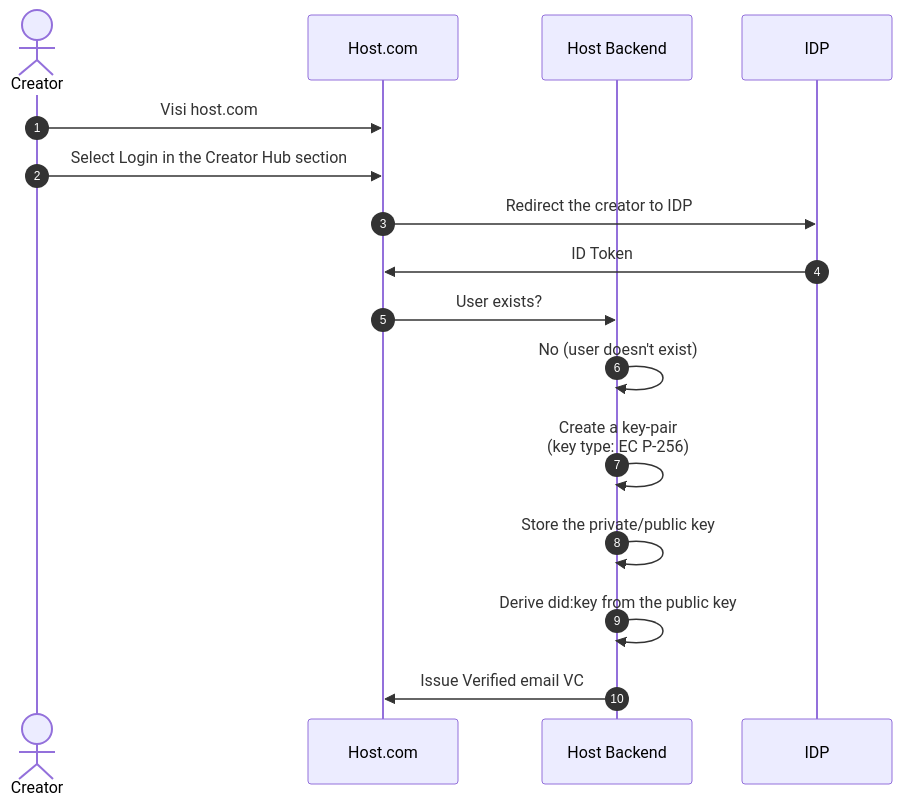
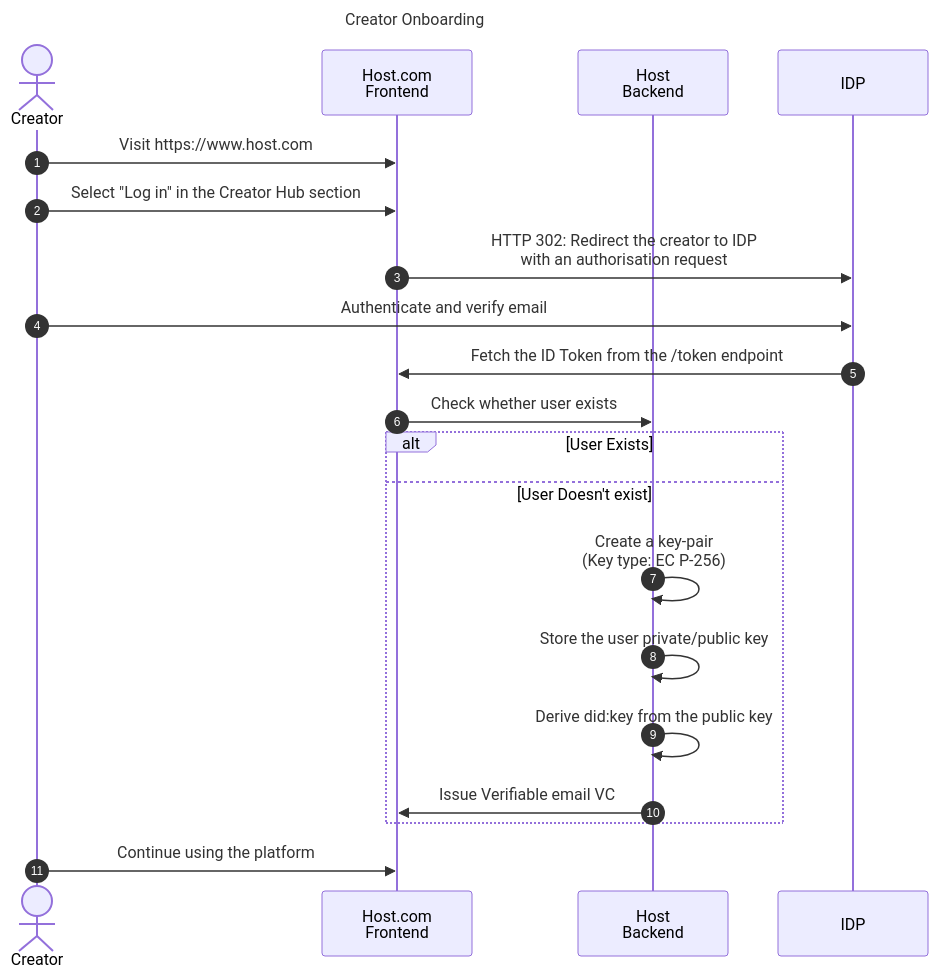
One commit to CreatorCredentials/specifications changed the diagram in specs/creator-email-verification.md. Above: the diagram before and after it, drawn with Mermaid. The commit also changed other lines of this file and 4 other files, not shown here.

Commit message:
verifiable email, signature, CC profile, log in with VCs

````diff
--- a/specs/creator-email-verification.md
+++ b/specs/creator-email-verification.md
@@ -3,23 +6,27 @@
 ```mermaid
 sequenceDiagram
   actor c as Creator
-  participant ch as Host.com
-  participant b as Host Backend
+  participant ch as Host.com<br>Frontend
+  participant b as Host<br>Backend
   participant idp as IDP
 
   autonumber
 
-  c ->> ch: Visi host.com
-  c ->> ch: Select Login in the Creator Hub section
-  ch ->> idp: Redirect the creator to IDP
-  idp ->> ch: ID Token
+  title Creator Onboarding
 
-  ch ->> b: User exists?
-  b ->> b: No (user doesn't exist)
-  b ->> b: Create a key-pair<br>(key type: EC P-256)
-  b ->> b: Store the private/public key
+  c ->> ch: Visit https://www.host.com
+  c ->> ch: Select "Log in" in the Creator Hub section
+  ch ->> idp: HTTP 302: Redirect the creator to IDP<br>with an authorisation request
+  c ->> idp: Authenticate and verify email
+  idp ->> ch: Fetch the ID Token from the /token endpoint
+
+  ch ->> b: Check whether user exists
+  alt User Exists
+  else User Doesn't exist
+  b ->> b: Create a key-pair<br>(Key type: EC P-256)
+  b ->> b: Store the user private/public key
   b ->> b: Derive did:key from the public key
-
-  b ->> ch: Issue Verified email VC
-
+  b ->> ch: Issue Verifiable email VC
+  end
+  c ->> ch: Continue using the platform
 ```
````
